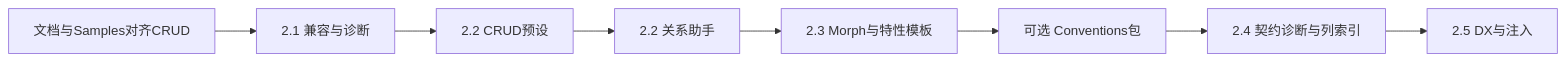
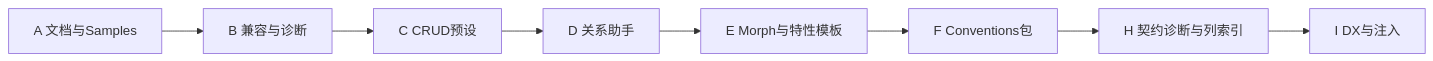
Before and after one commit to mccj/AutoModeCodeGenerator: the diagram in docs/IMPROVEMENT_PLAN.md, drawn with Mermaid. The commit also changed other lines of this file and 21 other files, not shown here.

````diff
--- a/docs/IMPROVEMENT_PLAN.md
+++ b/docs/IMPROVEMENT_PLAN.md
@@ -10,10 +10,10 @@
 ```mermaid
 flowchart LR
-  docs[文档与Samples对齐CRUD] --> r1[2.1 兼容与诊断]
-    r1 --> r2[2.2 CRUD预设]
-    r2 --> r3[2.2 关系助手]
-    r3 --> r4[2.3 Morph与特性模板]
-    r4 --> r5[可选 Conventions包]
-    r5 --> r6[2.4 契约诊断与列索引]
-    r6 --> r7[2.5 DX与注入]
+  docs[A 文档与Samples] --> r1[B 兼容与诊断]
+  r1 --> r2[C CRUD预设]
+  r2 --> r3[D 关系助手]
+  r3 --> r4[E Morph与特性模板]
+  r4 --> r5[F Conventions包]
+  r5 --> r6[H 契约诊断与列索引]
+  r6 --> r7[I DX与注入]
 ```
````
